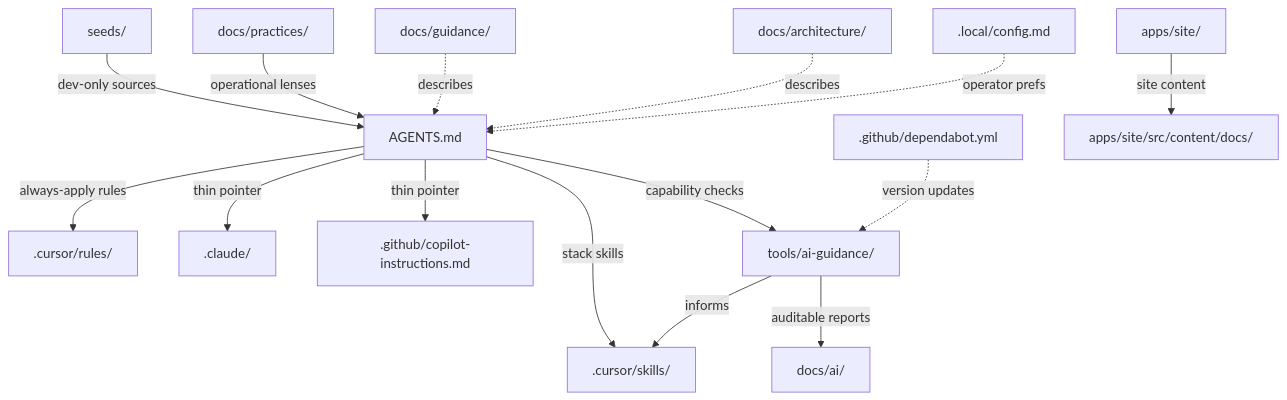
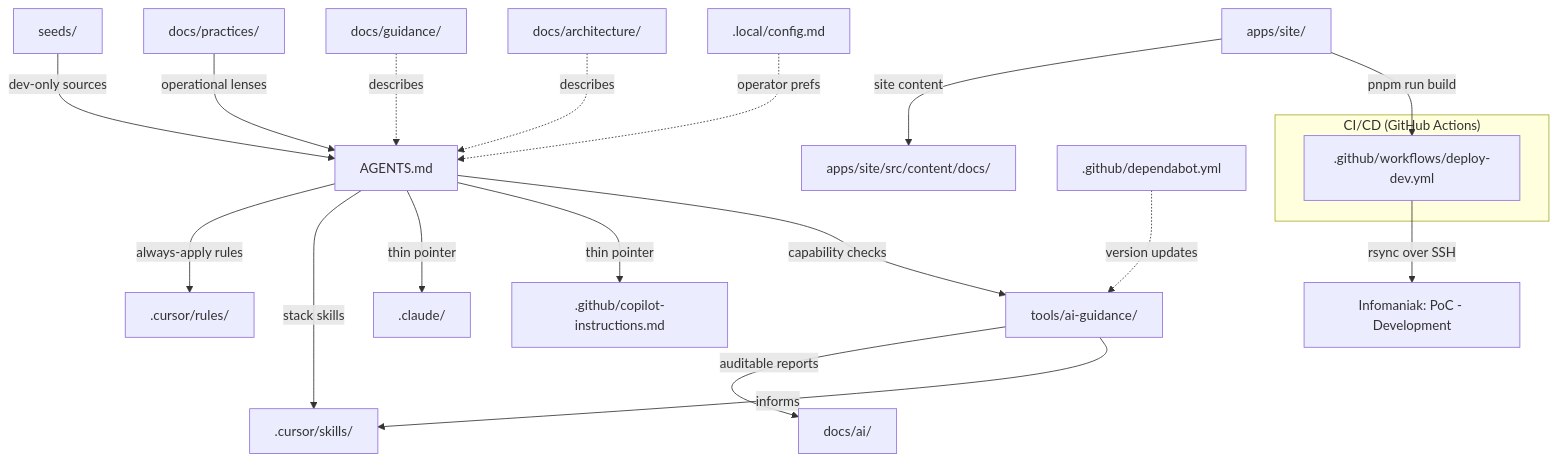
Before and after one commit to Mikeys-Tech-Lab/poc: the diagram in docs/architecture/workspace.md, drawn with Mermaid. The commit also changed other lines of this file and 8 other files, not shown here.

First line of the commit message:
feat(infra): add CI/CD deployment to Infomaniak development environment (#4)

````diff
--- a/docs/architecture/workspace.md
+++ b/docs/architecture/workspace.md
@@ -23,22 +23,29 @@
 ```mermaid
 flowchart TD
   Seeds[seeds/] -->|"dev-only sources"| Agents[AGENTS.md]
   Practices["docs/practices/"] -->|"operational lenses"| Agents
 
   Agents -->|"always-apply rules"| CursorRules[.cursor/rules/]
   Agents -->|"stack skills"| CursorSkills[.cursor/skills/]
   Agents -->|"thin pointer"| Claude[.claude/]
   Agents -->|"thin pointer"| Copilot[.github/copilot-instructions.md]
 
   Agents -->|"capability checks"| Tooling[tools/ai-guidance/]
   Tooling -->|"auditable reports"| DocsAI[docs/ai/]
   Tooling -->|"informs"| CursorSkills
 
   Guidance[docs/guidance/] -.->|"describes"| Agents
   Architecture[docs/architecture/] -.->|"describes"| Agents
 
   LocalConfig[".local/config.md"] -.->|"operator prefs"| Agents
   Dependabot[".github/dependabot.yml"] -.->|"version updates"| Tooling
 
   AstroSite[apps/site/] -->|"site content"| SiteDocs["apps/site/src/content/docs/"]
+
+  subgraph "CI/CD (GitHub Actions)"
+    DeployDev[".github/workflows/deploy-dev.yml"]
+  end
+
+  AstroSite -->|"pnpm run build"| DeployDev
+  DeployDev -->|"rsync over SSH"| InfomaniakDev["Infomaniak: PoC - Development"]
 ```
````
